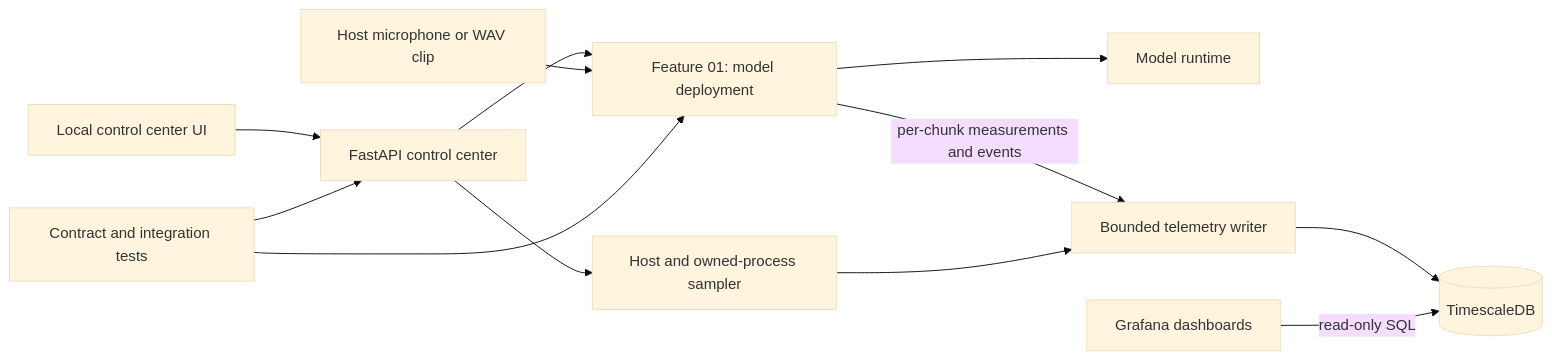
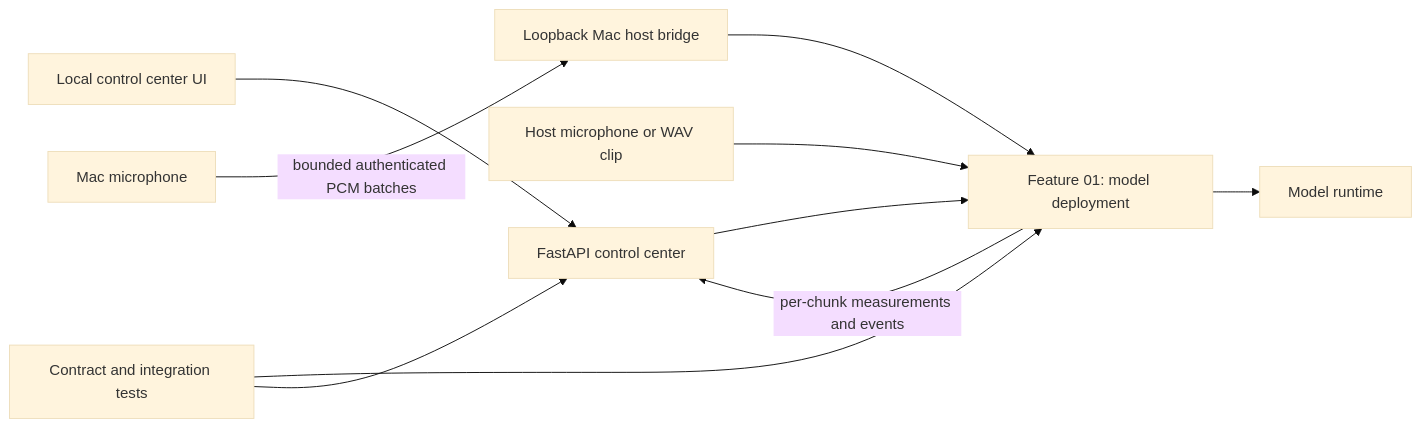
One commit to Faiisu/speech_to_text changed the diagram in docs/architecture.md. Above: the diagram before and after it, drawn with Mermaid (base theme). The commit also changed other lines of this file and 58 other files, not shown here.

Commit message:
refactor: keep per-chunk RTF local

````diff
--- a/docs/architecture.md
+++ b/docs/architecture.md
@@ -7,14 +7,12 @@
 ```mermaid
 flowchart LR
     Browser[Local control center UI] --> API[FastAPI control center]
     API --> F01[Feature 01: model deployment]
     Mic[Host microphone or WAV clip] --> F01[Feature 01: model deployment]
+    MacMic[Mac microphone] -->|bounded authenticated PCM batches| Bridge[Loopback Mac host bridge]
+    Bridge --> F01
     F01 --> Runtime[Model runtime]
-    F01 -->|per-chunk measurements and events| Writer[Bounded telemetry writer]
-    API --> Sampler[Host and owned-process sampler]
-    Sampler --> Writer
-    Writer --> DB[(TimescaleDB)]
-    Grafana[Grafana dashboards] -->|read-only SQL| DB
+    F01 -->|per-chunk measurements and events| API
     Tests[Contract and integration tests] --> F01
     Tests --> API
 ```
````
